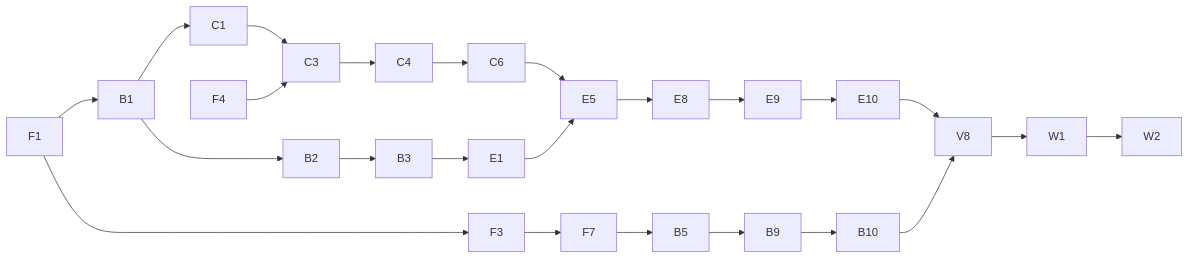
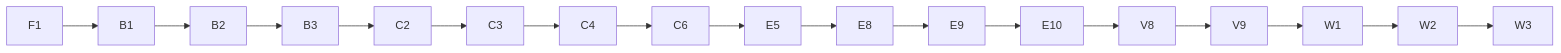
One commit to AhmedNazihX/Klar changed the diagram in docs/BACKLOG.md. Above: the diagram before and after it, drawn with Mermaid. The commit also changed other lines of this file and 21 other files, not shown here.

````diff
--- a/docs/BACKLOG.md
+++ b/docs/BACKLOG.md
@@ -37,7 +39,4 @@
 ```mermaid
 flowchart LR
-  F1 --> B1 --> C1 --> C3 --> C4 --> C6 --> E5 --> E8 --> E9 --> E10 --> V8 --> W1 --> W2
-  F1 --> F3 --> F7 --> B5 --> B9 --> B10 --> V8
-  B1 --> B2 --> B3 --> E1 --> E5
-  F4 --> C3
+  F1 --> B1 --> B2 --> B3 --> C2 --> C3 --> C4 --> C6 --> E5 --> E8 --> E9 --> E10 --> V8 --> V9 --> W1 --> W2 --> W3
 ```
````
